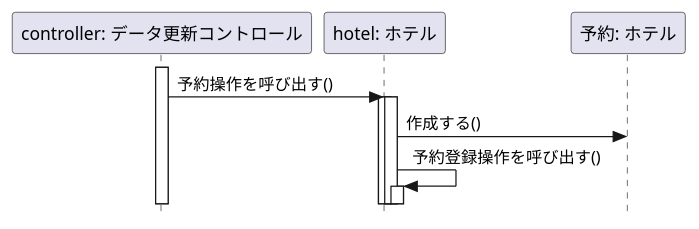
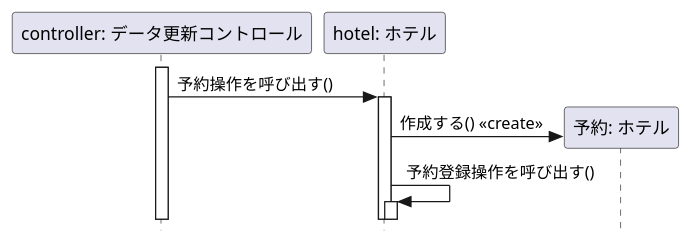
One commit to Takhshi/uml-introduction changed the diagram in 演習4-3_SD_データ更新コントローラとホテルと予約.pu. Above: the diagram before and after it, drawn with PlantUML.

Commit message:
演習4-3の修正

```diff
--- a/演習4-3_SD_データ更新コントローラとホテルと予約.pu
+++ b/演習4-3_SD_データ更新コントローラとホテルと予約.pu
@@ -1,17 +1,17 @@
 @startuml データ更新コントローラとホテルと予約
 hide footbox
 skinparam style strictuml
 participant "controller: データ更新コントロール" as controller
 participant "hotel: ホテル" as hotel
 participant "予約: ホテル" as reserve
 
 activate controller
     controller -> hotel: 予約操作を呼び出す()
     activate hotel
-        activate hotel
-            hotel -> reserve: 作成する()
+    create reserve
+            hotel -> reserve: 作成する() <<create>>
             hotel -> hotel: 予約登録操作を呼び出す()
-                activate hotel
+            activate hotel
         
 
 @enduml
```
